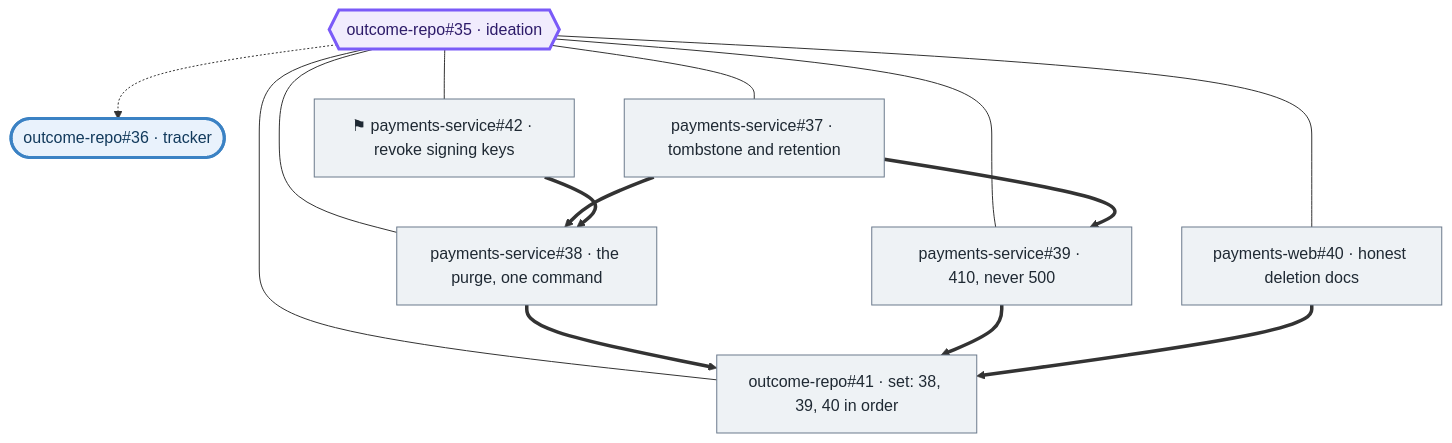
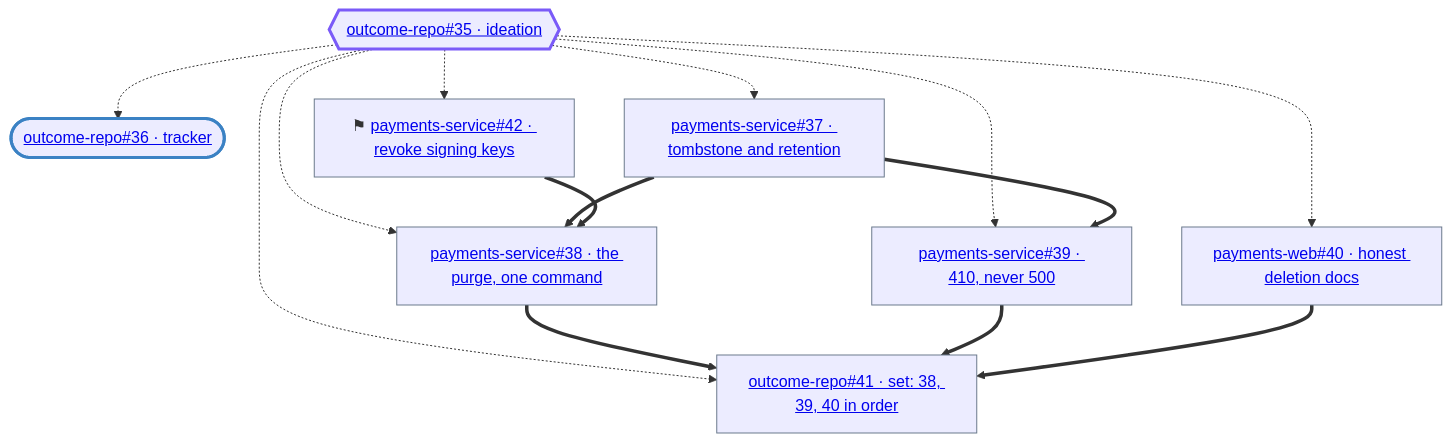
Before and after one commit to skrewz/s-ai-skills: the diagram in prompts/outcome-decomposer.md, drawn with Mermaid. The commit also changed other lines of this file and 1 other file, not shown here.

First line of the commit message:
✨ feat(outcome-decomposer): keep the forest drawn in the tracker's description

````diff
--- a/prompts/outcome-decomposer.md
+++ b/prompts/outcome-decomposer.md
@@ -163,31 +170,31 @@
 ```mermaid
 flowchart TD
-  i_outcome_repo_35{{"outcome-repo#35 · ideation"}}
-  i_outcome_repo_36(["outcome-repo#36 · tracker"])
-  i_payments_service_37["payments-service#37 · tombstone and retention"]
-  i_payments_service_38["payments-service#38 · the purge, one command"]
-  i_payments_service_39["payments-service#39 · 410, never 500"]
-  i_payments_web_40["payments-web#40 · honest deletion docs"]
-  i_outcome_repo_41["outcome-repo#41 · set: 38, 39, 40 in order"]
-  i_payments_service_42["⚑ payments-service#42 · revoke signing keys"]
-  i_outcome_repo_35 --- i_payments_service_37
-  i_outcome_repo_35 --- i_payments_service_38
-  i_outcome_repo_35 --- i_payments_service_39
-  i_outcome_repo_35 --- i_payments_web_40
-  i_outcome_repo_35 --- i_outcome_repo_41
-  i_outcome_repo_35 --- i_payments_service_42
+  i_outcome_repo_35{{"<a href='https://example.com/o/outcome-repo/issues/35' target='_blank'>outcome-repo#35 · ideation</a>"}}
+  i_outcome_repo_36(["<a href='https://example.com/o/outcome-repo/issues/36' target='_blank'>outcome-repo#36 · tracker</a>"])
+  i_payments_service_37["<a href='https://example.com/o/payments-service/issues/37' target='_blank'>payments-service#37 · tombstone and retention</a>"]
+  i_payments_service_38["<a href='https://example.com/o/payments-service/issues/38' target='_blank'>payments-service#38 · the purge, one command</a>"]
+  i_payments_service_39["<a href='https://example.com/o/payments-service/issues/39' target='_blank'>payments-service#39 · 410, never 500</a>"]
+  i_payments_web_40["<a href='https://example.com/o/payments-web/issues/40' target='_blank'>payments-web#40 · honest deletion docs</a>"]
+  i_outcome_repo_41["<a href='https://example.com/o/outcome-repo/issues/41' target='_blank'>outcome-repo#41 · set: 38, 39, 40 in order</a>"]
+  i_payments_service_42["⚑ <a href='https://example.com/o/payments-service/issues/42' target='_blank'>payments-service#42 · revoke signing keys</a>"]
+  i_outcome_repo_35 -.-> i_payments_service_37
+  i_outcome_repo_35 -.-> i_payments_service_38
+  i_outcome_repo_35 -.-> i_payments_service_39
+  i_outcome_repo_35 -.-> i_payments_web_40
+  i_outcome_repo_35 -.-> i_outcome_repo_41
+  i_outcome_repo_35 -.-> i_payments_service_42
   i_outcome_repo_35 -.-> i_outcome_repo_36
   i_payments_service_37 ==> i_payments_service_38
   i_payments_service_42 ==> i_payments_service_38
   i_payments_service_37 ==> i_payments_service_39
   i_payments_service_38 ==> i_outcome_repo_41
   i_payments_service_39 ==> i_outcome_repo_41
   i_payments_web_40 ==> i_outcome_repo_41
-  classDef root fill:#f1ecfd,stroke:#7a5af8,stroke-width:3px,color:#2d1b69
-  classDef tracker fill:#e9f2fc,stroke:#3b82c4,stroke-width:3px,color:#123a5c
-  classDef member fill:#eef2f5,stroke:#6b7a8c,color:#1f2933
-  classDef closed fill:#f6f8fa,stroke:#8c959f,stroke-dasharray:4 3,color:#57606a
+  classDef root stroke:#7a5af8,stroke-width:3px
+  classDef tracker stroke:#3b82c4,stroke-width:3px
+  classDef member stroke:#6b7a8c
+  classDef closed stroke:#8c959f,stroke-dasharray:4 3,text-decoration:line-through
   class i_outcome_repo_35 root
   class i_outcome_repo_36 tracker
   class i_payments_service_37,i_payments_service_38,i_payments_service_39,i_payments_web_40,i_outcome_repo_41,i_payments_service_42 member
 ```
````
